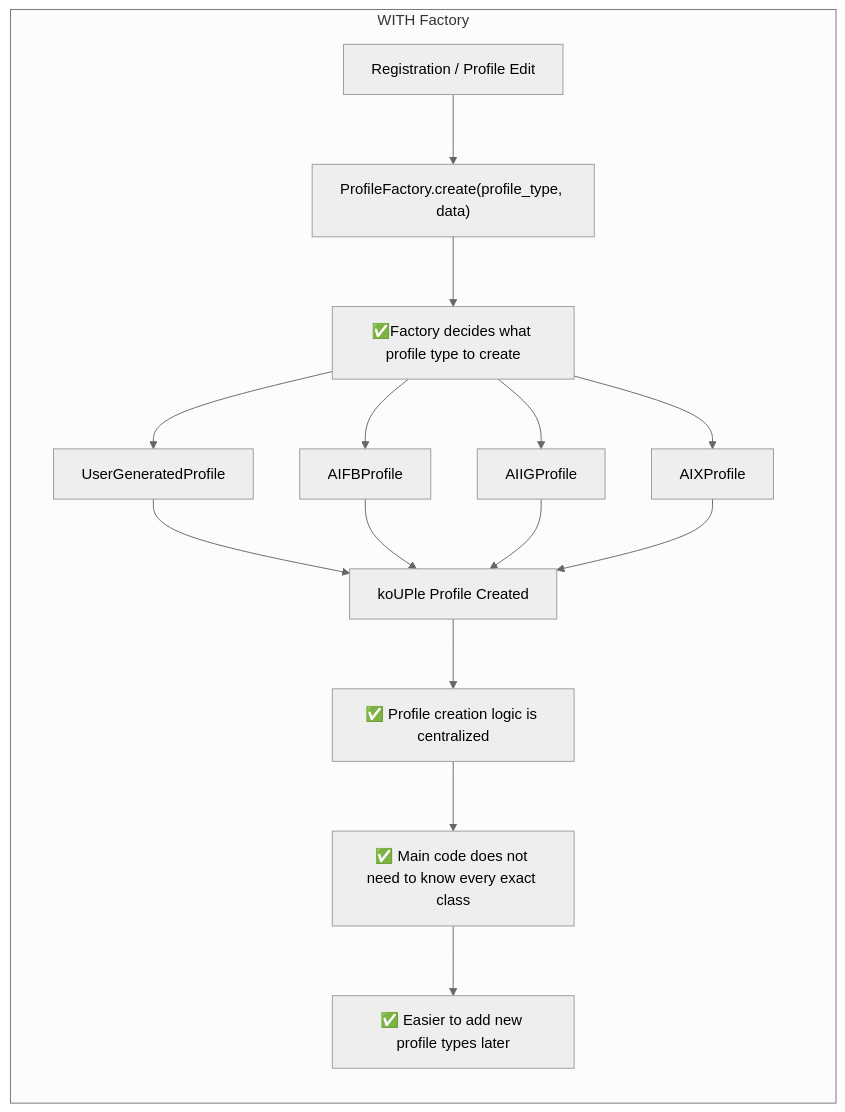
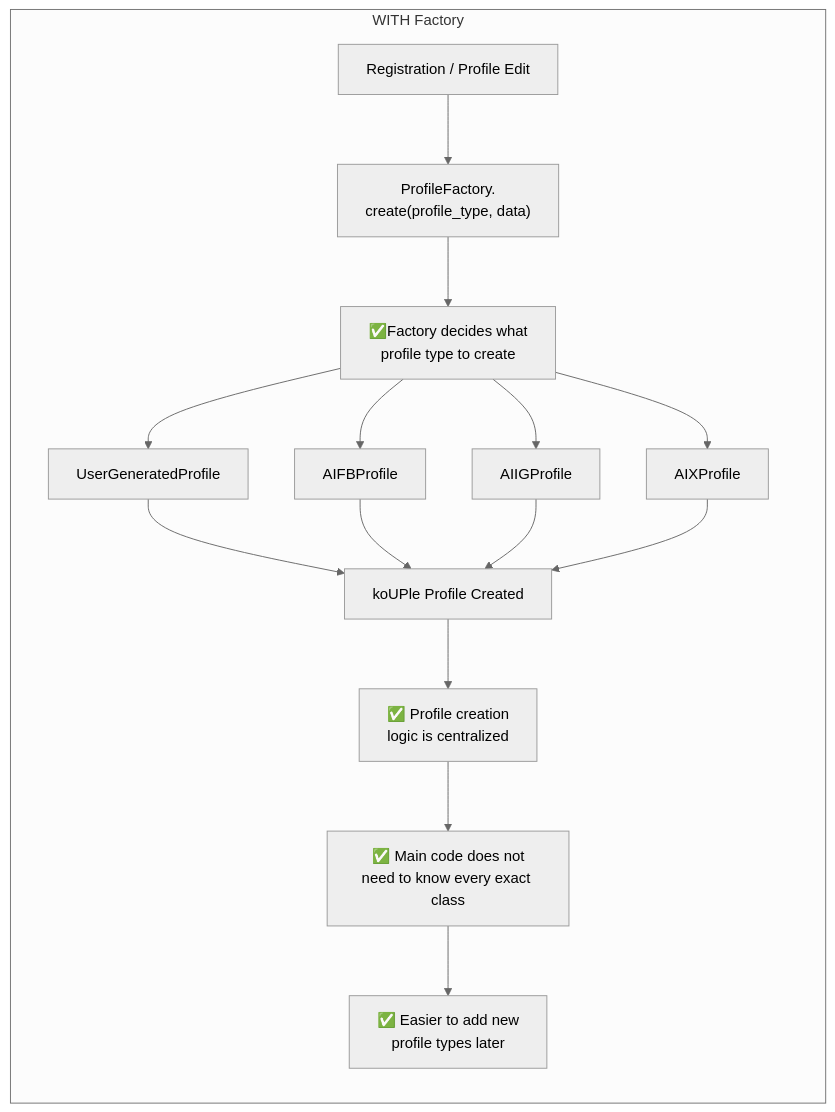
One commit to NellePot/FirstRepository changed the second of 2 diagrams in README.md. Above: the diagram before and after it, drawn with Mermaid (neutral theme).

````diff
--- a/README.md
+++ b/README.md
@@ -25,24 +25,24 @@
 ```mermaid
 flowchart TD
     subgraph W["WITH Factory"]
         direction TB
 
-        A["Registration / Profile Edit"] --> B["ProfileFactory.create(profile_type, data)"]
+        A["Registration / Profile Edit"] --> B["ProfileFactory.<br/>create(profile_type, data)"]
 
-        B --> C["✅Factory decides what profile type to create"]
+        B --> C["✅Factory decides what<br/>profile type to create"]
 
         C --> D["UserGeneratedProfile"]
         C --> E["AIFBProfile"]
         C --> F["AIIGProfile"]
         C --> G["AIXProfile"]
 
         D --> H["koUPle Profile Created"]
         E --> H
         F --> H
         G --> H
 
-        H --> I["✅ Profile creation logic is centralized"]
-        I --> J["✅ Main code does not need to know every exact class"]
-        J --> K["✅ Easier to add new profile types later"]
+        H --> I["✅ Profile creation<br/>logic is centralized"]
+        I --> J["✅ Main code does not<br/>need to know every exact class"]
+        J --> K["✅ Easier to add new<br/>profile types later"]
     end
 ```
````
